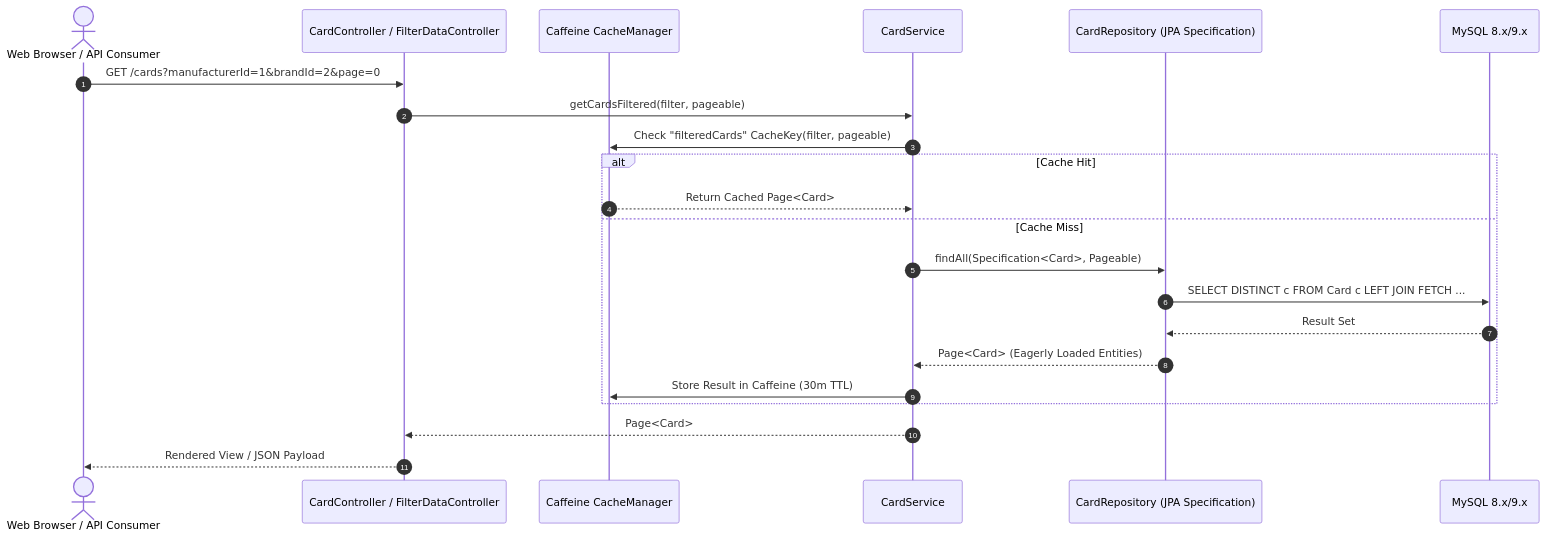
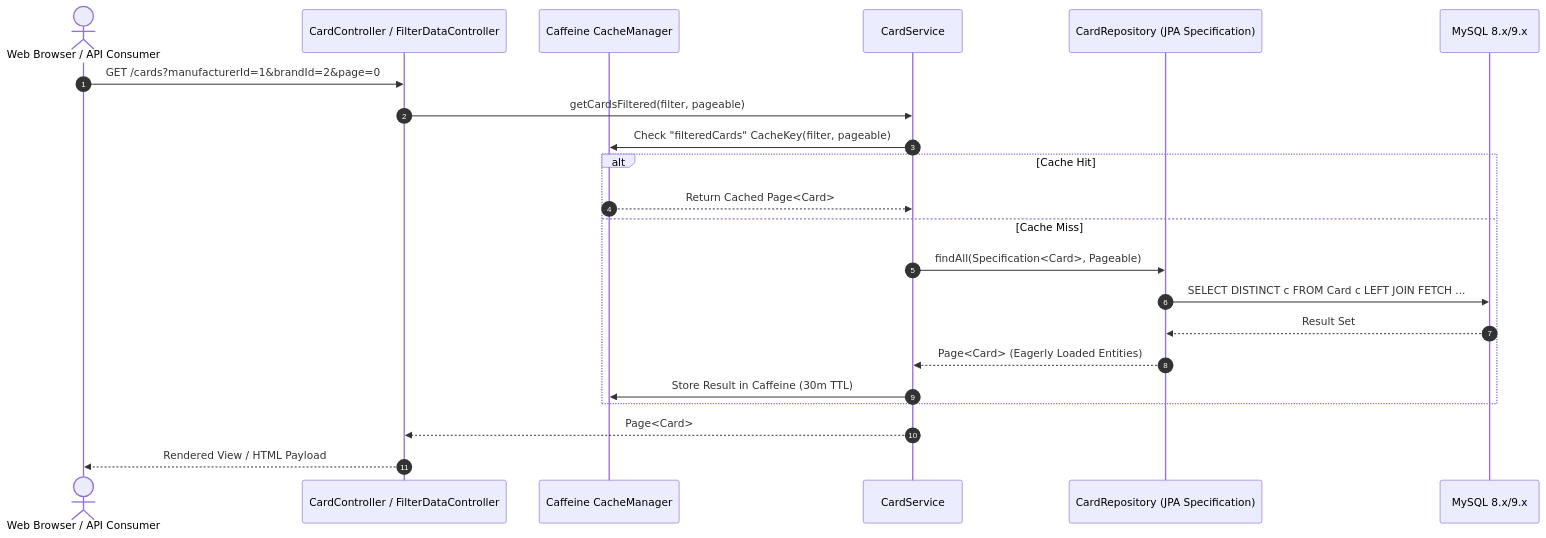
One commit to AndreasBild/card-collection changed the third of 5 diagrams in ARCHITECTURE.md. Above: the diagram before and after it, drawn with Mermaid. The commit also changed other lines of this file and 2 other files, not shown here.

Commit message:
docs: synchronize ARCHITECTURE.md, AGENTS.md, and README.md with latest engine features

````diff
--- a/ARCHITECTURE.md
+++ b/ARCHITECTURE.md
@@ -158,25 +162,25 @@
 ```mermaid
 sequenceDiagram
     autonumber
     actor Client as Web Browser / API Consumer
     participant Ctrl as CardController / FilterDataController
     participant Cache as Caffeine CacheManager
     participant Srv as CardService
     participant Repo as CardRepository (JPA Specification)
     participant DB as MySQL 8.x/9.x
 
     Client->>Ctrl: GET /cards?manufacturerId=1&brandId=2&page=0
     Ctrl->>Srv: getCardsFiltered(filter, pageable)
     Srv->>Cache: Check "filteredCards" CacheKey(filter, pageable)
     alt Cache Hit
         Cache-->>Srv: Return Cached Page<Card>
     else Cache Miss
         Srv->>Repo: findAll(Specification<Card>, Pageable)
         Repo->>DB: SELECT DISTINCT c FROM Card c LEFT JOIN FETCH ...
         DB-->>Repo: Result Set
         Repo-->>Srv: Page<Card> (Eagerly Loaded Entities)
         Srv->>Cache: Store Result in Caffeine (30m TTL)
     end
     Srv-->>Ctrl: Page<Card>
-    Ctrl-->>Client: Rendered View / JSON Payload
+    Ctrl-->>Client: Rendered View / HTML Payload
 ```
````
